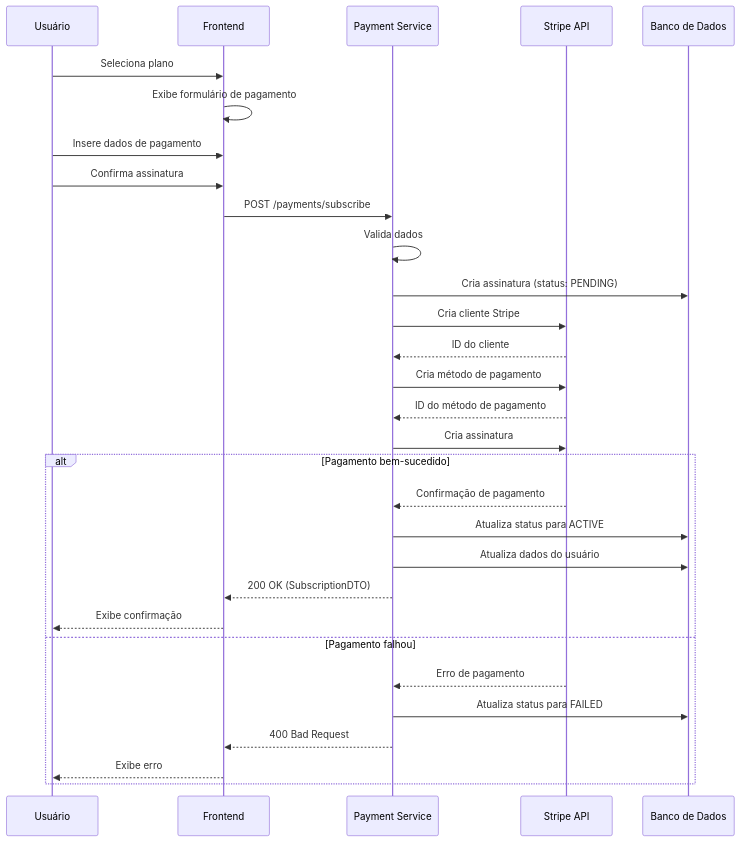
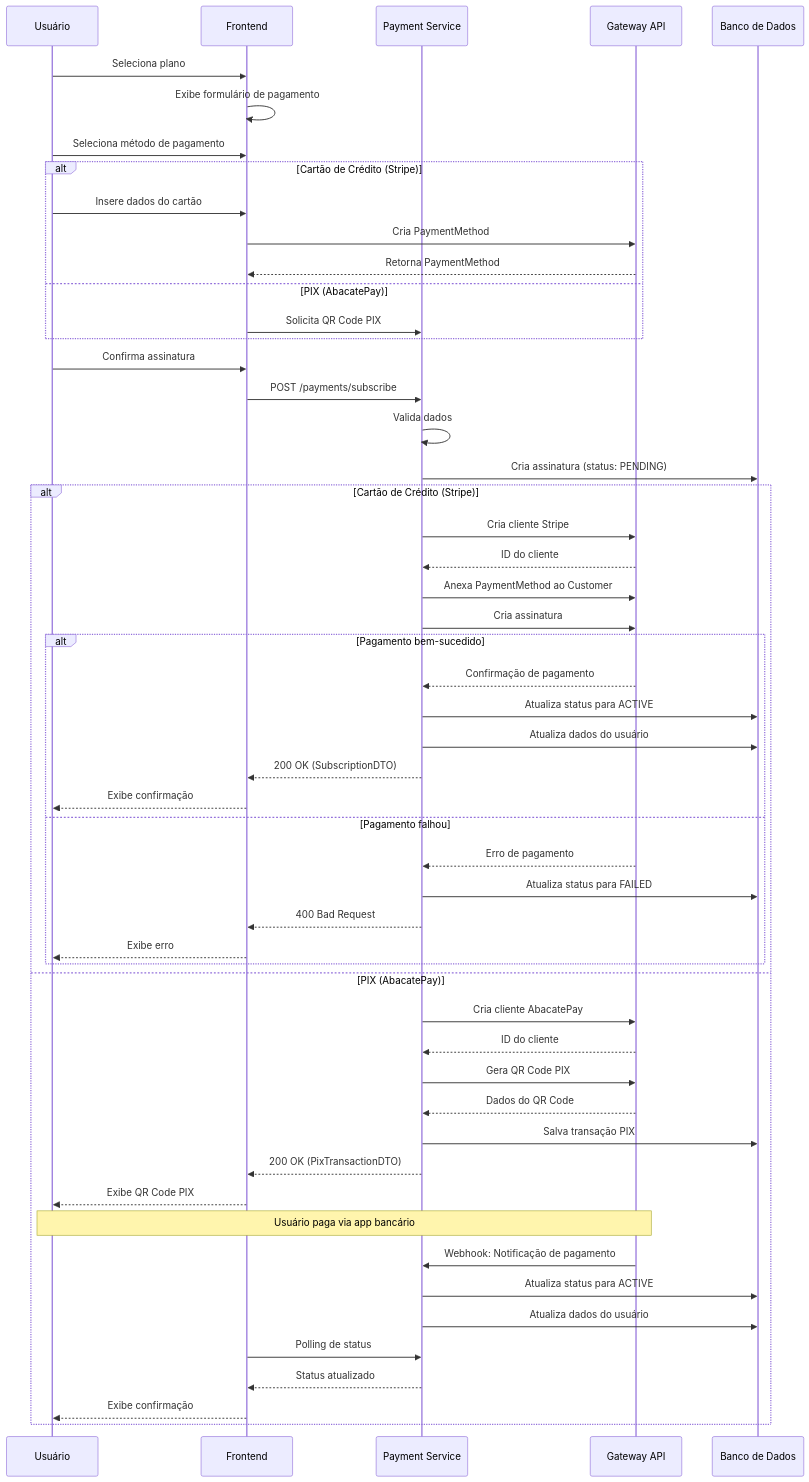
One commit to FitLocus/docs changed the first of 6 diagrams in diagrams/payment-processing.mdx. Above: the diagram before and after it, drawn with Mermaid. The commit also changed other lines of this file and 4 other files, not shown here.

Commit message:
Documentação completa de métodos de pagamento (Stripe e AbacatePay)

````diff
--- a/diagrams/payment-processing.mdx
+++ b/diagrams/payment-processing.mdx
@@ -37,36 +37,63 @@
 ```mermaid
 sequenceDiagram
     participant U as Usuário
     participant F as Frontend
     participant P as Payment Service
-    participant S as Stripe API
+    participant S as Gateway API
     participant DB as Banco de Dados
 
     U->>F: Seleciona plano
     F->>F: Exibe formulário de pagamento
-    U->>F: Insere dados de pagamento
+    U->>F: Seleciona método de pagamento
+    
+    alt Cartão de Crédito (Stripe)
+        U->>F: Insere dados do cartão
+        F->>S: Cria PaymentMethod
+        S-->>F: Retorna PaymentMethod
+    else PIX (AbacatePay)
+        F->>P: Solicita QR Code PIX
+    end
+    
     U->>F: Confirma assinatura
     
     F->>P: POST /payments/subscribe
     P->>P: Valida dados
     P->>DB: Cria assinatura (status: PENDING)
     
-    P->>S: Cria cliente Stripe
-    S-->>P: ID do cliente
-    P->>S: Cria método de pagamento
-    S-->>P: ID do método de pagamento
-    P->>S: Cria assinatura
-    
-    alt Pagamento bem-sucedido
-        S-->>P: Confirmação de pagamento
+    alt Cartão de Crédito (Stripe)
+        P->>S: Cria cliente Stripe
+        S-->>P: ID do cliente
+        P->>S: Anexa PaymentMethod ao Customer
+        P->>S: Cria assinatura
+        
+        alt Pagamento bem-sucedido
+            S-->>P: Confirmação de pagamento
+            P->>DB: Atualiza status para ACTIVE
+            P->>DB: Atualiza dados do usuário
+            P-->>F: 200 OK (SubscriptionDTO)
+            F-->>U: Exibe confirmação
+        else Pagamento falhou
+            S-->>P: Erro de pagamento
+            P->>DB: Atualiza status para FAILED
+            P-->>F: 400 Bad Request
+            F-->>U: Exibe erro
+        end
+    else PIX (AbacatePay)
+        P->>S: Cria cliente AbacatePay
+        S-->>P: ID do cliente
+        P->>S: Gera QR Code PIX
+        S-->>P: Dados do QR Code
+        P->>DB: Salva transação PIX
+        P-->>F: 200 OK (PixTransactionDTO)
+        F-->>U: Exibe QR Code PIX
+        
+        Note over U,S: Usuário paga via app bancário
+        
+        S->>P: Webhook: Notificação de pagamento
         P->>DB: Atualiza status para ACTIVE
         P->>DB: Atualiza dados do usuário
-        P-->>F: 200 OK (SubscriptionDTO)
+        F->>P: Polling de status
+        P-->>F: Status atualizado
         F-->>U: Exibe confirmação
-    else Pagamento falhou
-        S-->>P: Erro de pagamento
-        P->>DB: Atualiza status para FAILED
-        P-->>F: 400 Bad Request
-        F-->>U: Exibe erro
     end
 ```
````
